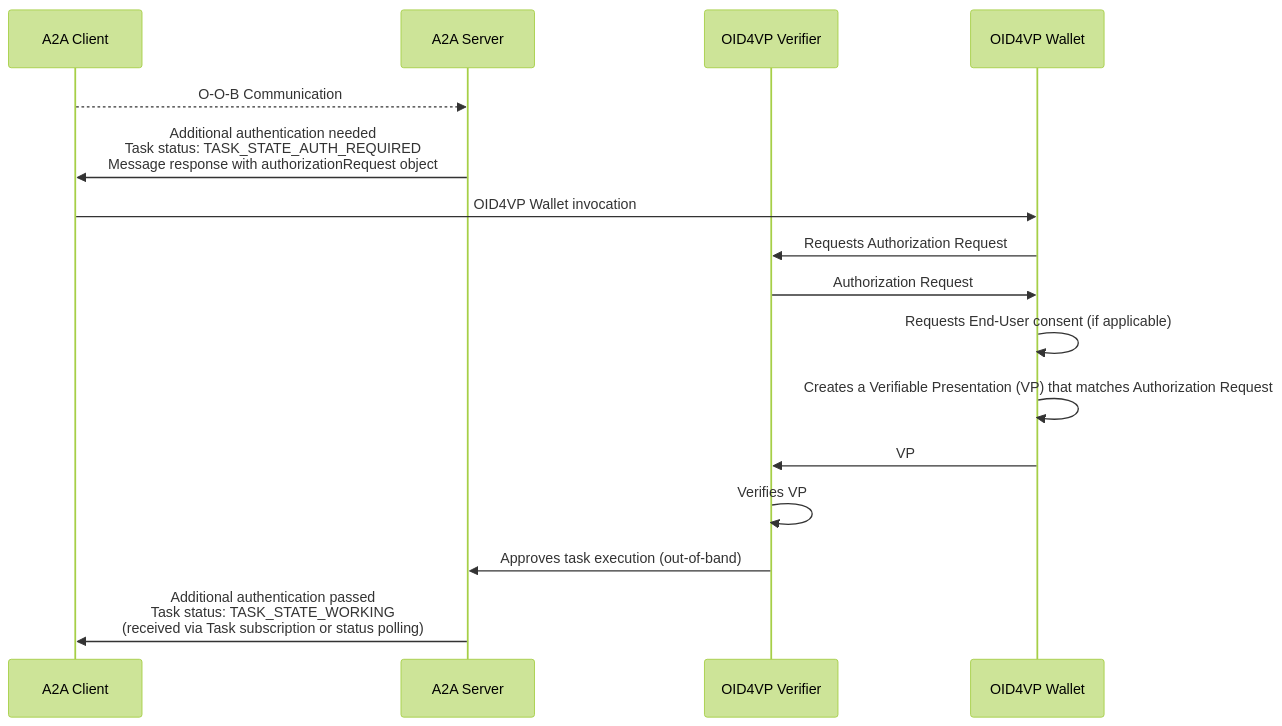
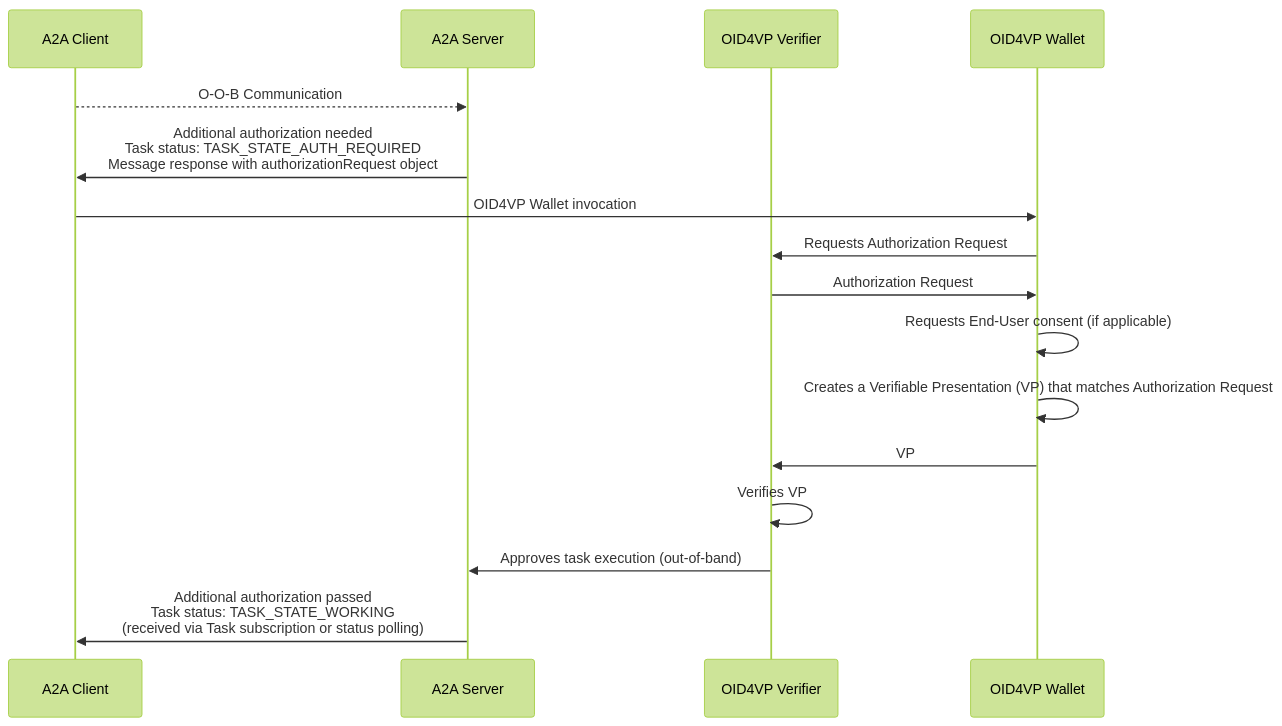
Before and after one commit to DSRCorporation/a2a-oid4vp-in-task-auth-extension: the diagram in v1/spec.md, drawn with Mermaid (forest theme). The commit also changed other lines of this file and 3 other files, not shown here.

````diff
--- a/v1/spec.md
+++ b/v1/spec.md
@@ -21,19 +21,19 @@
 ```mermaid
 sequenceDiagram
     participant C as A2A Client 
     participant S as A2A Server 
     participant V as OID4VP Verifier 
     participant W as OID4VP Wallet
     
     C -->> S: O-O-B Communication 
-    S ->> C: Additional authentication needed<br/>Task status: TASK_STATE_AUTH_REQUIRED<br/>Message response with authorizationRequest object
+    S ->> C: Additional authorization needed<br/>Task status: TASK_STATE_AUTH_REQUIRED<br/>Message response with authorizationRequest object
     C ->> W: OID4VP Wallet invocation
     W ->> V: Requests Authorization Request 
     V ->> W: Authorization Request
     W ->> W: Requests End-User consent (if applicable)
     W ->> W: Creates a Verifiable Presentation (VP) that matches Authorization Request
     W ->> V: VP
     V ->> V: Verifies VP
     V ->> S: Approves task execution (out-of-band)
-    S ->> C: Additional authentication passed<br/>Task status: TASK_STATE_WORKING<br/>(received via Task subscription or status polling)
+    S ->> C: Additional authorization passed<br/>Task status: TASK_STATE_WORKING<br/>(received via Task subscription or status polling)
 ```
````
